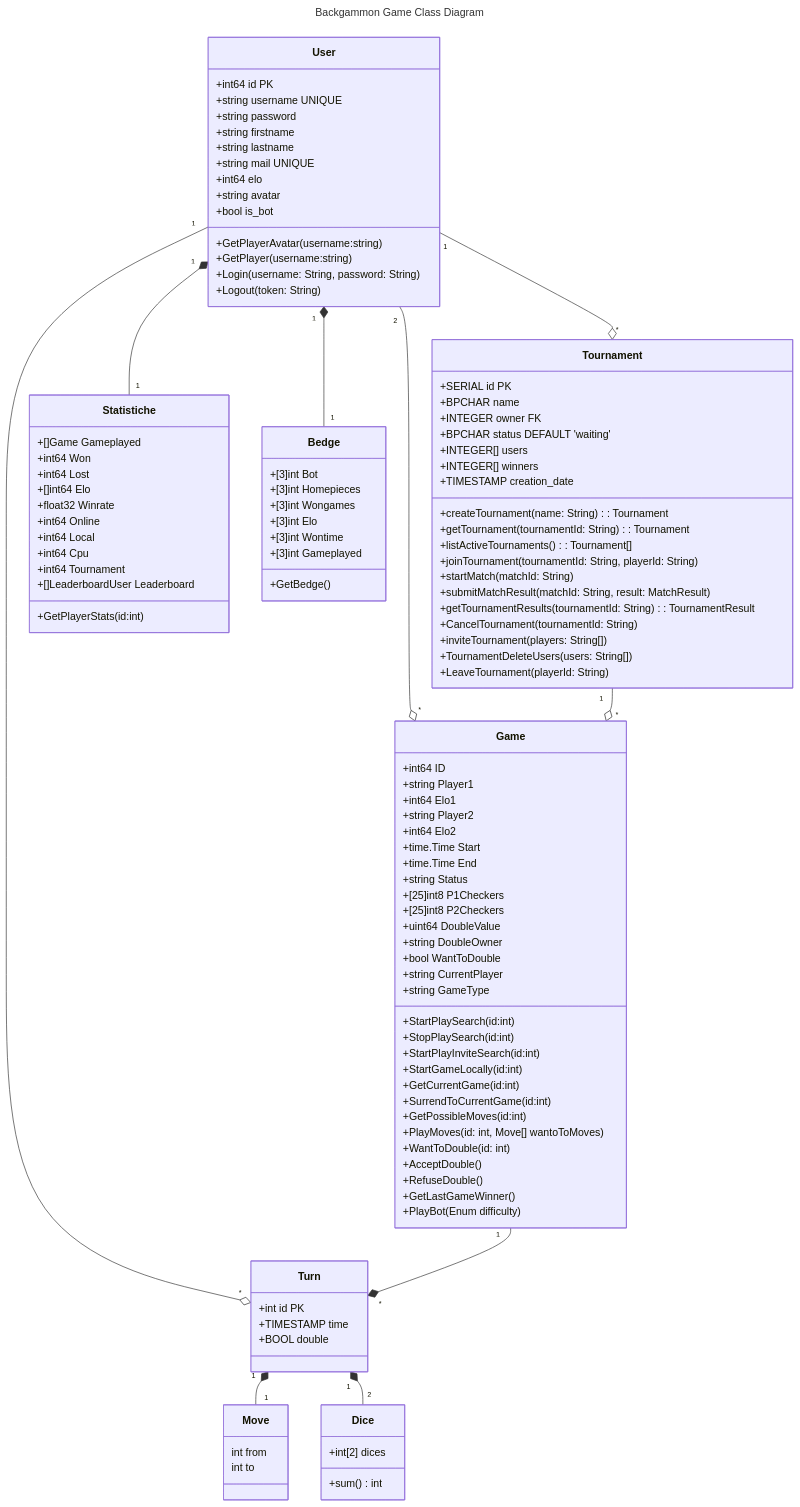
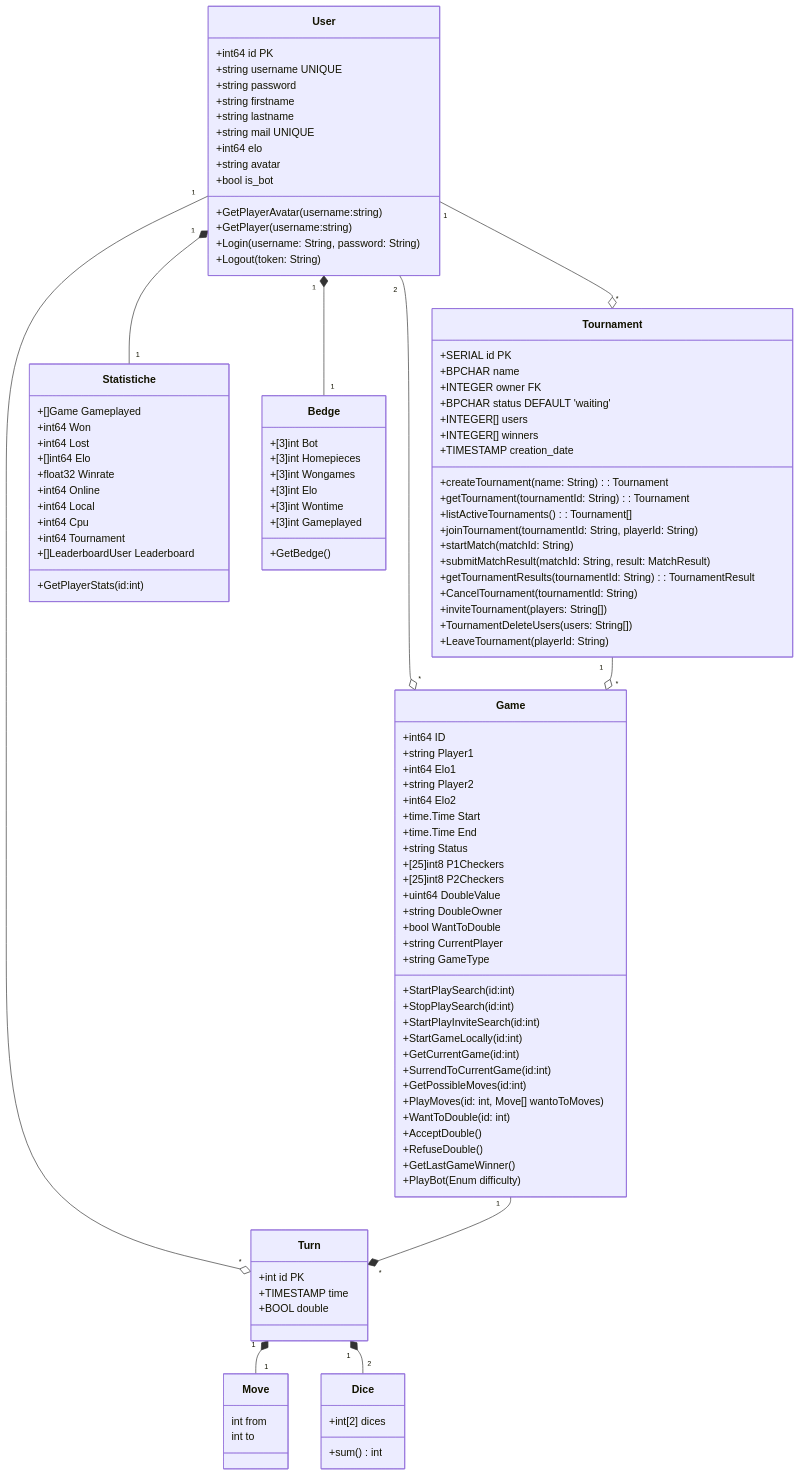
One commit to samuelemusiani/vezgammon changed the diagram in doc/uml/class-diagram.mermaid. Above: the diagram before and after it, drawn with Mermaid. The commit also changed 5 other files, not shown here.

Commit message:
new classes uml

```diff
--- a/doc/uml/class-diagram.mermaid
+++ b/doc/uml/class-diagram.mermaid
@@ -1,122 +1,119 @@
----
-title: Backgammon Game Class Diagram
----
 classDiagram
     User "2" --o "*" Game
     User "1" --o "*" Tournament
     User "1" --o "*" Turn
     User "1" *-- "1" Statistiche
     User "1" *-- "1" Bedge
 
     Turn "1" *-- "1" Move
     Turn "1" *-- "2" Dice
     
     Game "1" --* "*" Turn
     Tournament "1" --o "*" Game
 
     class Statistiche {
         +[]Game      Gameplayed
         +int64             Won          
         +int64             Lost         
         +[]int64           Elo          
         +float32           Winrate      
         +int64             Online       
         +int64             Local        
         +int64             Cpu          
         +int64             Tournament   
         +[]LeaderboardUser Leaderboard
         +GetPlayerStats(id:int)
     }
     class Bedge {
         +[3]int  Bot        
         +[3]int  Homepieces 
         +[3]int  Wongames   
         +[3]int  Elo        
         +[3]int  Wontime    
         +[3]int  Gameplayed
         +GetBedge()
     }
     class User {
         +int64 id PK
         +string username UNIQUE
         +string password
         +string firstname
         +string lastname
         +string mail UNIQUE
         +int64 elo
         +string avatar
         +bool is_bot
         +GetPlayerAvatar(username:string)
         +GetPlayer(username:string)
         +Login(username: String, password: String)
         +Logout(token: String)
     }
 
     class Game {
         +int64   ID
         +string  Player1
         +int64   Elo1
         +string  Player2
         +int64   Elo2
         +time.Time Start
         +time.Time End
         +string  Status
         +[25]int8 P1Checkers
         +[25]int8 P2Checkers
         +uint64  DoubleValue
         +string  DoubleOwner
         +bool    WantToDouble
         +string  CurrentPlayer
         +string  GameType
         +StartPlaySearch(id:int)
         +StopPlaySearch(id:int)
         +StartPlayInviteSearch(id:int)
         +StartGameLocally(id:int)
         +GetCurrentGame(id:int)
         +SurrendToCurrentGame(id:int)
         +GetPossibleMoves(id:int)
         +PlayMoves(id: int, Move[] wantoToMoves)
         +WantToDouble(id: int)
         +AcceptDouble()
         +RefuseDouble()
         +GetLastGameWinner()
         +PlayBot(Enum difficulty)
     }
 
     class Tournament {
         +SERIAL id PK
         +BPCHAR name
         +INTEGER owner FK
         +BPCHAR status DEFAULT 'waiting'
         +INTEGER[] users
         +INTEGER[] winners
         +TIMESTAMP creation_date
 
         +createTournament(name: String): Tournament
         +getTournament(tournamentId: String): Tournament
         +listActiveTournaments(): Tournament[]
         +joinTournament(tournamentId: String, playerId: String)
         +startMatch(matchId: String)
         +submitMatchResult(matchId: String, result: MatchResult)
         +getTournamentResults(tournamentId: String): TournamentResult
         +CancelTournament(tournamentId: String)
         +inviteTournament(players: String[])
         +TournamentDeleteUsers(users: String[])
         +LeaveTournament(playerId: String)
     }
 
     class Turn {
         +int id PK
         +TIMESTAMP time
         +BOOL double
     }
 
     class Move {
         int from
         int to
     }
 
     class Dice {
         +int[2] dices
         +sum() int
     }
```
